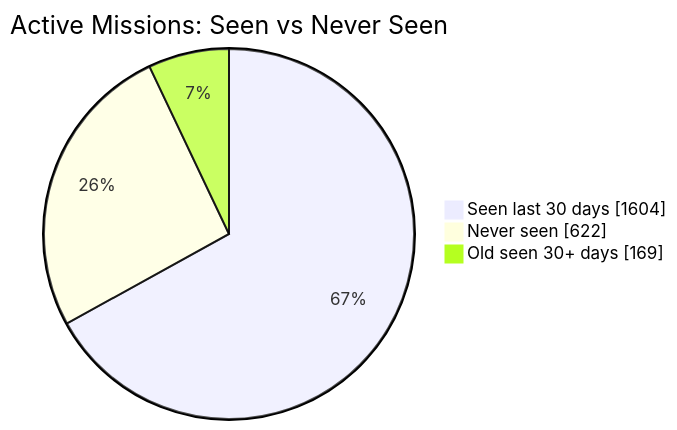
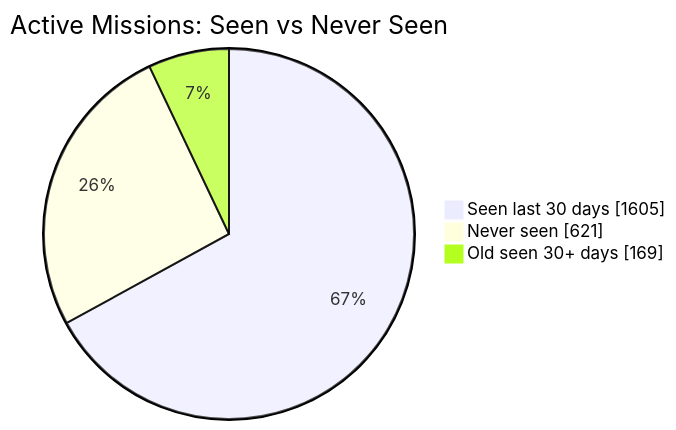
The first of 2 diagrams in README.md (MeldkamerspelGameTeam/active-missions), drawn with Mermaid before and after one commit. The commit also changed other lines of this file and 3 other files, not shown here.

````diff
--- a/README.md
+++ b/README.md
@@ -34,7 +34,7 @@
 ```mermaid
 pie showData
     title Active Missions: Seen vs Never Seen
-    "Seen last 30 days" : 1604
-    "Never seen" : 622
+    "Seen last 30 days" : 1605
+    "Never seen" : 621
     "Old seen 30+ days" : 169
 ```
````
